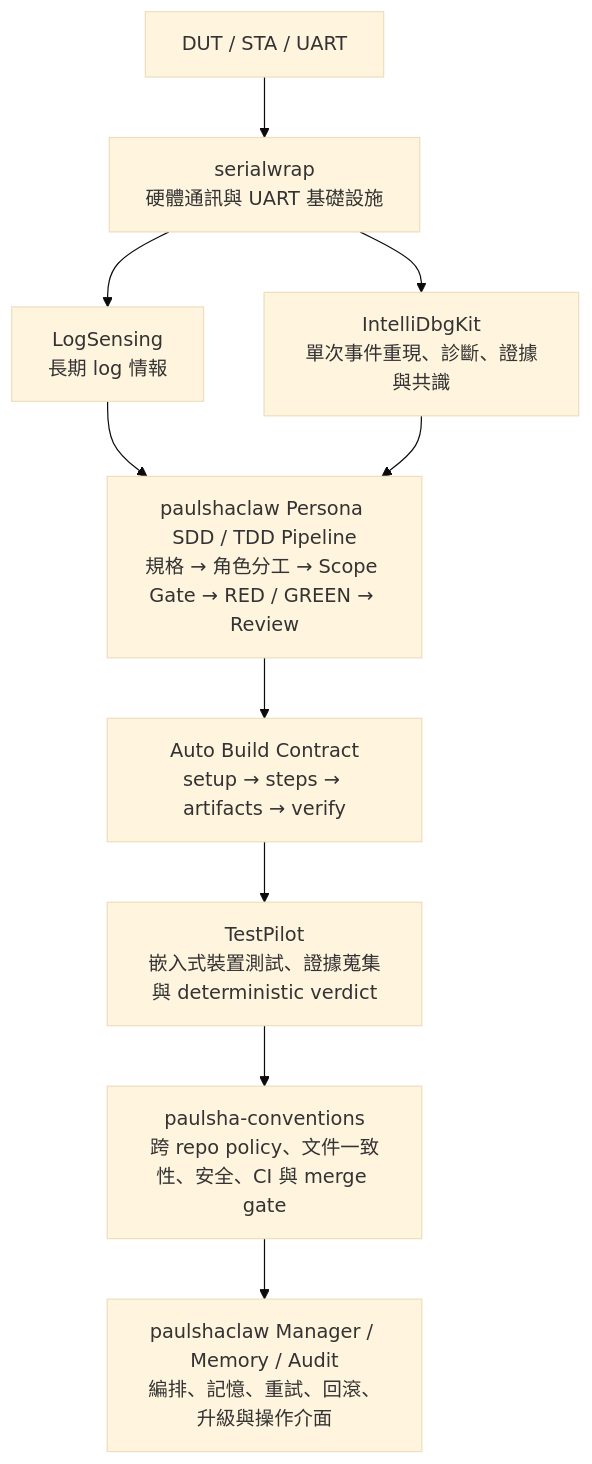
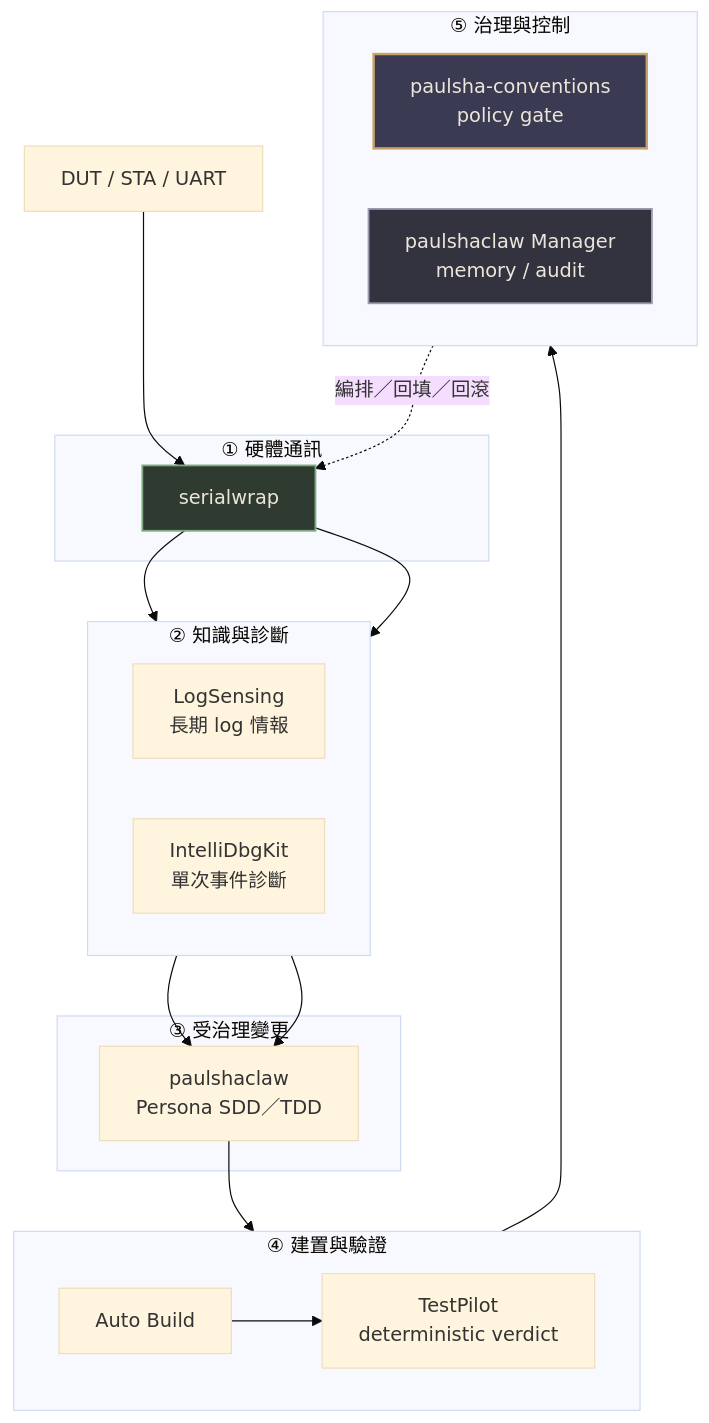
One commit to hamanpaul/hamanpaul changed the first of 2 diagrams in README.md. Above: the diagram before and after it, drawn with Mermaid (base theme). The commit also changed other lines of this file, not shown here.

Commit message:
docs: 精修 profile README 簡介與兩張架構圖
- 開場段與引言潤稿精簡（平行結構、fail-close 用語對齊）
- 「系統層級與關係」重畫為 5-plane 分組 + 控制迴圈
- 「目前整合狀態」由 9 節點直線改為 8 節點閉環（gate 分岔 + 經驗回饋）

Claude-Session: https://claude.ai/code/session_019ApwkaG8qjp68unN2rPBE5

````diff
--- a/README.md
+++ b/README.md
@@ -11,24 +11,40 @@
 ```mermaid
 flowchart TD
     HW["DUT / STA / UART"]
-    SW["serialwrap<br/>硬體通訊與 UART 基礎設施"]
 
-    LS["LogSensing<br/>長期 log 情報"]
-    IDK["IntelliDbgKit<br/>單次事件重現、診斷、證據與共識"]
-
-    SDD["paulshaclaw Persona SDD / TDD Pipeline<br/>規格 → 角色分工 → Scope Gate → RED / GREEN → Review"]
-    BUILD["Auto Build Contract<br/>setup → steps → artifacts → verify"]
-    TP["TestPilot<br/>嵌入式裝置測試、證據蒐集與 deterministic verdict"]
-    GOV["paulsha-conventions<br/>跨 repo policy、文件一致性、安全、CI 與 merge gate"]
-    CTRL["paulshaclaw Manager / Memory / Audit<br/>編排、記憶、重試、回滾、升級與操作介面"]
+    subgraph P1["① 硬體通訊"]
+        SW["serialwrap"]
+    end
+    subgraph P2["② 知識與診斷"]
+        direction LR
+        LS["LogSensing<br/>長期 log 情報"]
+        IDK["IntelliDbgKit<br/>單次事件診斷"]
+    end
+    subgraph P3["③ 受治理變更"]
+        SDD["paulshaclaw<br/>Persona SDD／TDD"]
+    end
+    subgraph P4["④ 建置與驗證"]
+        direction LR
+        BUILD["Auto Build"]
+        TP["TestPilot<br/>deterministic verdict"]
+    end
+    subgraph P5["⑤ 治理與控制"]
+        direction LR
+        GOV["paulsha-conventions<br/>policy gate"]
+        CTRL["paulshaclaw Manager<br/>memory / audit"]
+    end
 
     HW --> SW
     SW --> LS
     SW --> IDK
     LS --> SDD
     IDK --> SDD
     SDD --> BUILD
     BUILD --> TP
     TP --> GOV
-    GOV --> CTRL
+    CTRL -.->|編排／回填／回滾| SW
+
+    style GOV fill:#3a3a52,stroke:#c9a26a,stroke-width:2px,color:#ece6da
+    style CTRL fill:#33333f,stroke:#9a9ab0,stroke-width:1.5px,color:#ece6da
+    style SW fill:#2f3b30,stroke:#7faa7f,stroke-width:1.5px,color:#ece6da
 ```
````
